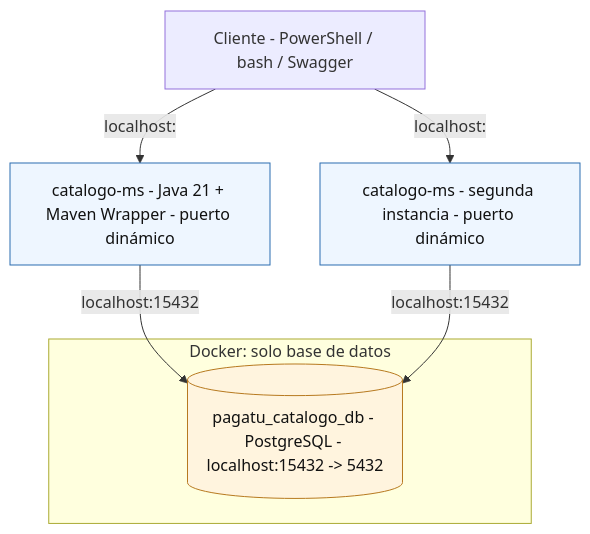
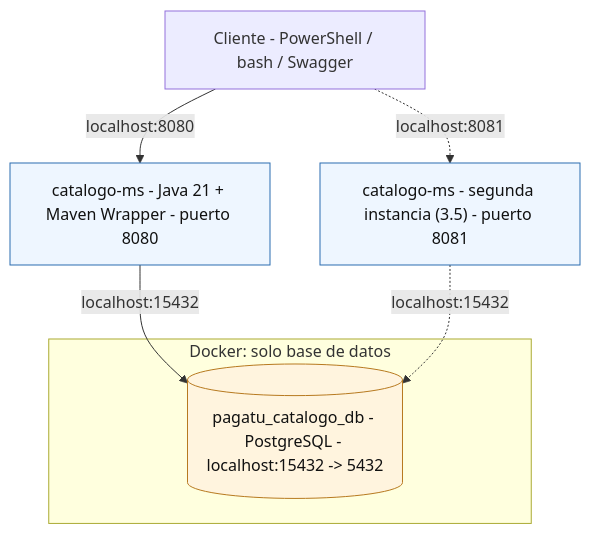
Before and after one commit to 262dist/pagatu: the third of 5 diagrams in docs/sesiones/S01_Construccion_Servicio_Base.md, drawn with Mermaid. The commit also changed other lines of this file, not shown here.

````diff
--- a/docs/sesiones/S01_Construccion_Servicio_Base.md
+++ b/docs/sesiones/S01_Construccion_Servicio_Base.md
@@ -142,19 +143,19 @@
 ```mermaid
 flowchart TB
     DevClient["Cliente - PowerShell / bash / Swagger"]
-    DevApp1["catalogo-ms - Java 21 + Maven Wrapper - puerto dinámico"]
-    DevApp2["catalogo-ms - segunda instancia - puerto dinámico"]
+    DevApp1["catalogo-ms - Java 21 + Maven Wrapper - puerto 8080"]
+    DevApp2["catalogo-ms - segunda instancia (3.5) - puerto 8081"]
     subgraph DevDocker["Docker: solo base de datos"]
         DevDb[("pagatu_catalogo_db - PostgreSQL - localhost:15432 -> 5432")]
     end
 
-    DevClient -->|"localhost:<puerto-asignado>"| DevApp1
-    DevClient -->|"localhost:<otro-puerto>"| DevApp2
+    DevClient -->|"localhost:8080"| DevApp1
+    DevClient -.->|"localhost:8081"| DevApp2
     DevApp1 -->|"localhost:15432"| DevDb
-    DevApp2 -->|"localhost:15432"| DevDb
+    DevApp2 -.->|"localhost:15432"| DevDb
 
     classDef app fill:#eef6ff,stroke:#2b6cb0,color:#111;
     classDef db fill:#fff4de,stroke:#b7791f,color:#111;
     class DevApp1,DevApp2 app;
     class DevDb db;
 ```
````
